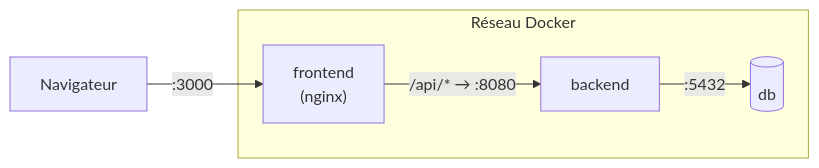
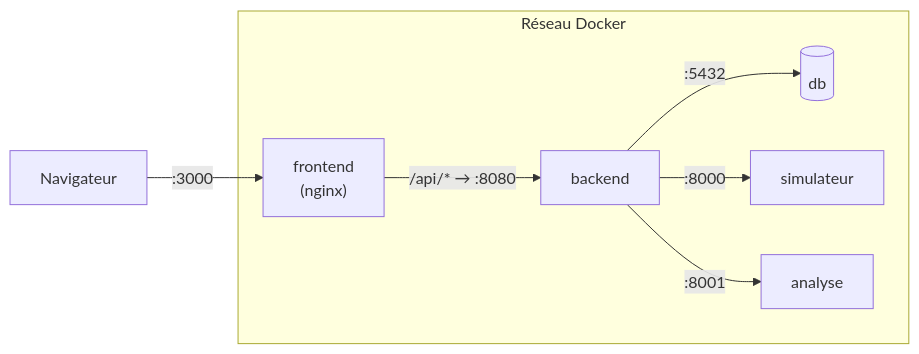
Before and after one commit to RIZIWYX/DataFit: the diagram in docs/deploiement.md, drawn with Mermaid. The commit also changed other lines of this file and 13 other files, not shown here.

Commit message:
Doc technique à jour (API, architecture, base, sécurité, déploiement), README, licence MIT, CI, retrait de .vscode

````diff
--- a/docs/deploiement.md
+++ b/docs/deploiement.md
@@ -41,8 +41,10 @@
 ```mermaid
 flowchart LR
     nav[Navigateur] -- ":3000" --> nginx
     subgraph docker [Réseau Docker]
         nginx["frontend<br/>(nginx)"] -- "/api/* → :8080" --> back[backend]
         back -- ":5432" --> db[(db)]
+        back -- ":8000" --> simu[simulateur]
+        back -- ":8001" --> ana[analyse]
     end
 ```
````
